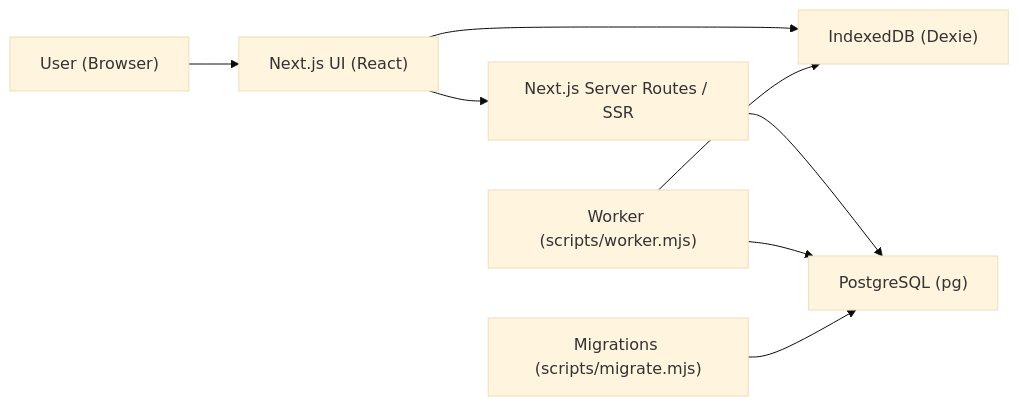
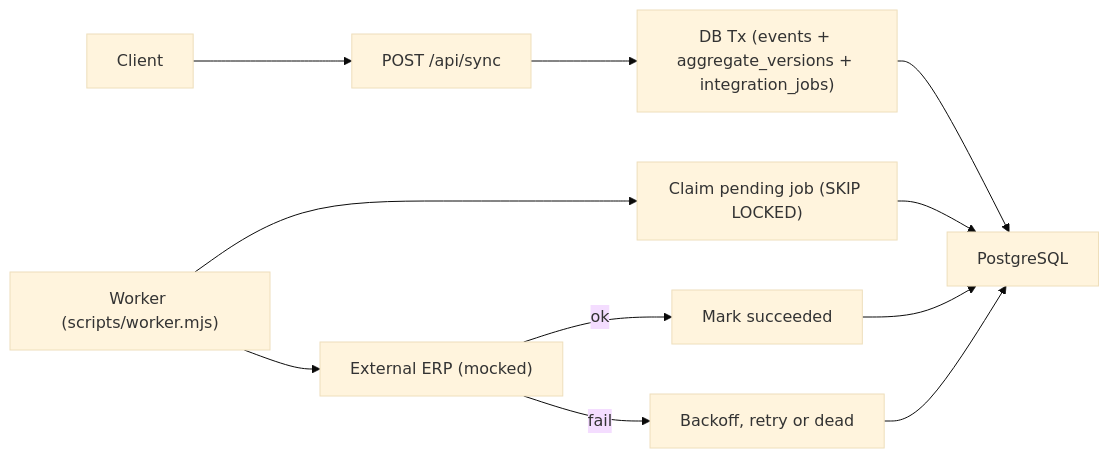
Before and after one commit to smiska/offline-first-app: the diagram in docs/architecture.md, drawn with Mermaid (base theme). The commit also changed other lines of this file and 5 other files, not shown here.

Commit message:
project config update, architecture md update

````diff
--- a/docs/architecture.md
+++ b/docs/architecture.md
@@ -11,10 +11,13 @@
 ```mermaid
 flowchart LR
-  U["User (Browser)"] --> UI["Next.js UI (React)"]
-  UI --> IDB["IndexedDB (Dexie)"]
-  UI --> API["Next.js Server Routes / SSR"]
-  API --> PG["PostgreSQL (pg)"]
-  W["Worker (scripts/worker.mjs)"] --> PG
-  M["Migrations (scripts/migrate.mjs)"] --> PG
-  W --> IDB
+  C["Client"] --> S["POST /api/sync"]
+  S --> TX["DB Tx (events + aggregate_versions + integration_jobs)"]
+  TX --> PG["PostgreSQL"]
+  W["Worker (scripts/worker.mjs)"] --> CLAIM["Claim pending job (SKIP LOCKED)"]
+  CLAIM --> PG
+  W --> ERP["External ERP (mocked)"]
+  ERP -->|ok| OK["Mark succeeded"]
+  ERP -->|fail| RETRY["Backoff, retry or dead"]
+  OK --> PG
+  RETRY --> PG
 ```
````
